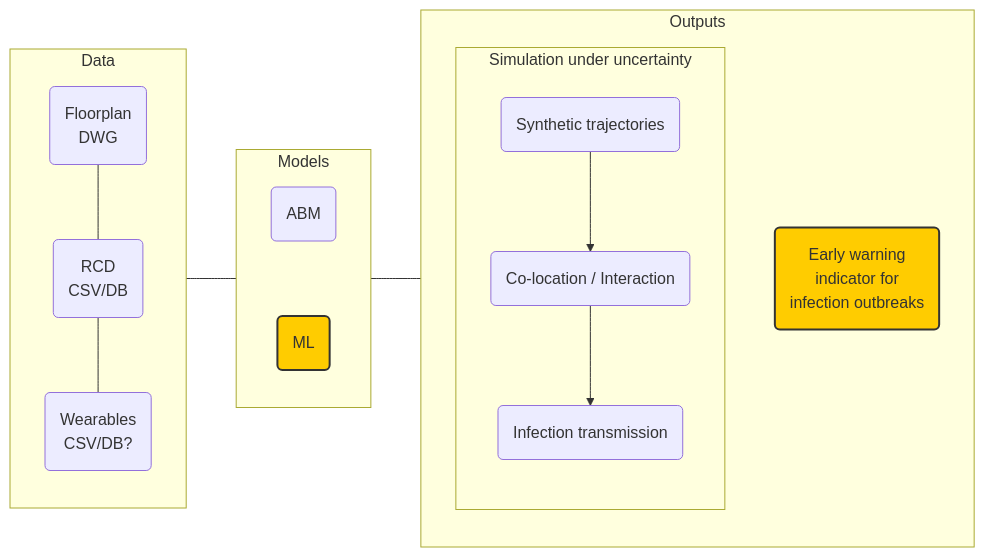
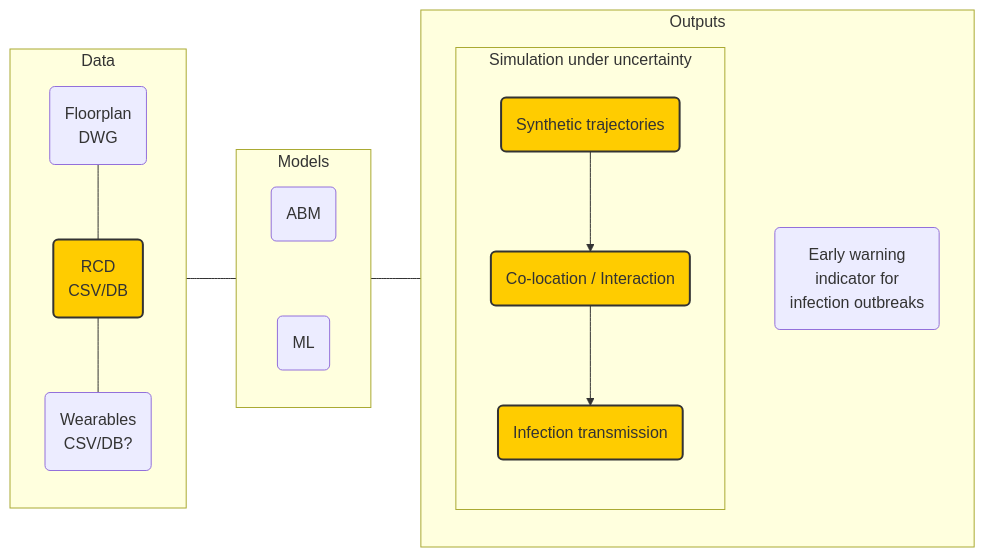
The ninth of 11 diagrams in main.qmd (ksuchak1990/amr_hub_demos), drawn with Mermaid before and after one commit. The commit also changed other lines of this file and 1 other file, not shown here.

````diff
--- a/main.qmd
+++ b/main.qmd
@@ -418,45 +418,46 @@
 ```{mermaid}
 flowchart LR
     classDef highlight fill:#ffcc00,stroke:#333,stroke-width:2px;
+
 
     subgraph Data
         direction TB
 
         A(Floorplan<br>DWG)
-        B(RCD<br>CSV/DB)
+        B(RCD<br>CSV/DB):::highlight
         C(Wearables<br>CSV/DB?)
 
         A --- B
         B --- C
     end
 
     subgraph Models
         direction TB
 
         D(ABM)
-        E(ML):::highlight
+        E(ML)
 
         D ~~~ E
     end
 
     subgraph Outputs
         direction TB
 
-        I(Early warning<br>indicator for<br>infection outbreaks):::highlight
+        I(Early warning<br>indicator for<br>infection outbreaks)
 
         subgraph "Simulation under uncertainty"
             direction TB
-            F(Synthetic trajectories)
-            G(Co-location / Interaction)
-            H(Infection transmission)
+            F(Synthetic trajectories):::highlight
+            G(Co-location / Interaction):::highlight
+            H(Infection transmission):::highlight
 
             F --> G
             G --> H
 
         end
 
     end
 
     Data --- Models
     Models --- Outputs
 ```
````
